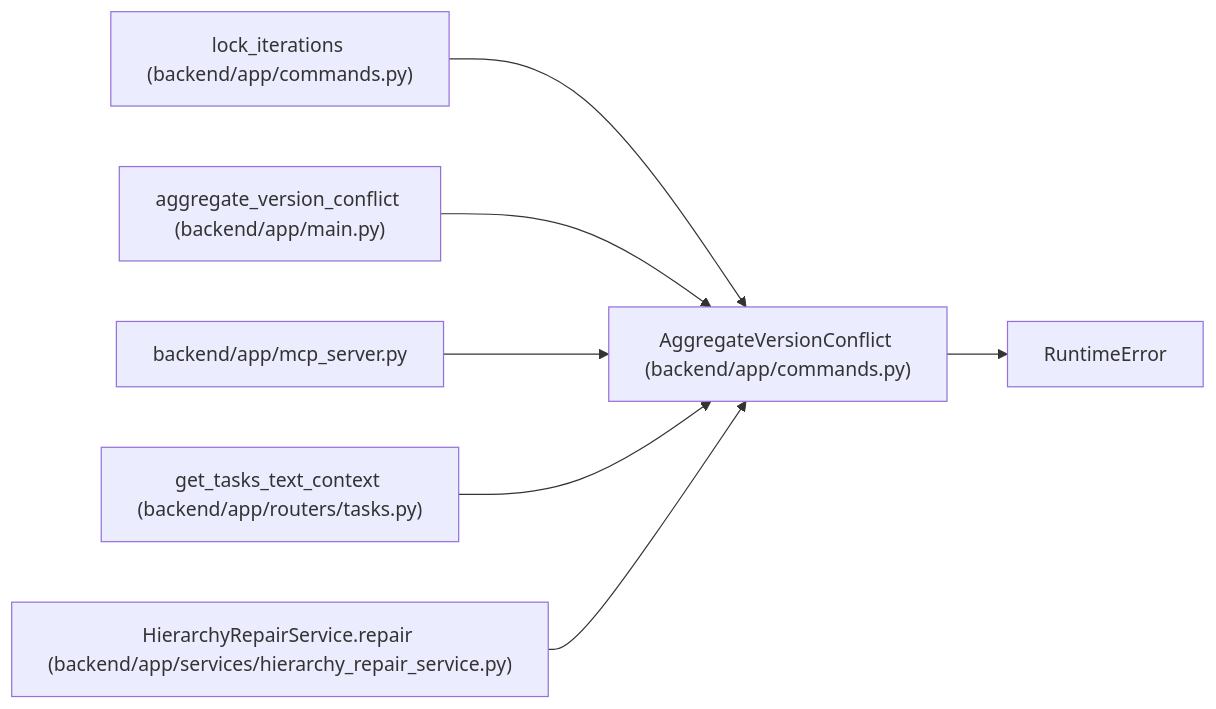
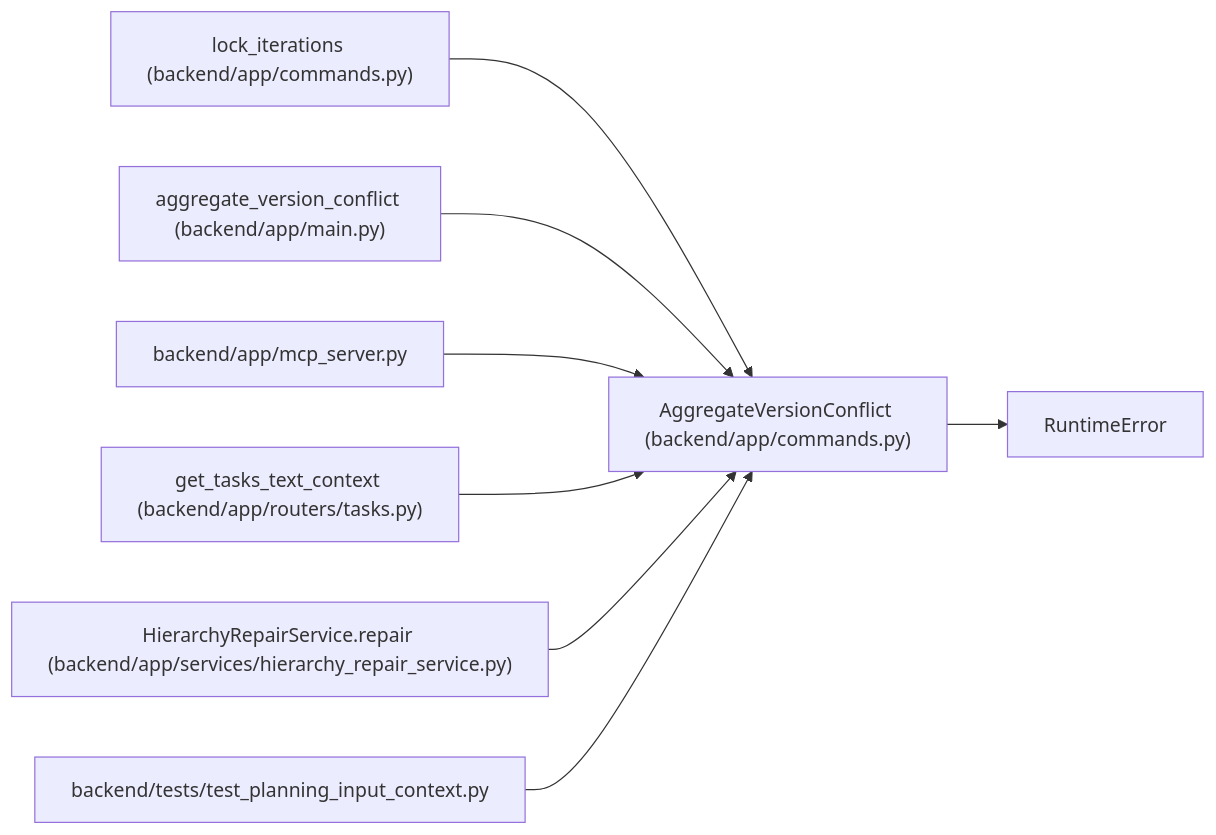
Before and after one commit to Denissvgn/WorkChord: the diagram in docs/llm_wiki/entities/AggregateVersionConflict.md, drawn with Mermaid. The commit also changed other lines of this file and 476 other files, not shown here.

Commit message:
docs: document complete planning input observations

````diff
--- a/docs/llm_wiki/entities/AggregateVersionConflict.md
+++ b/docs/llm_wiki/entities/AggregateVersionConflict.md
@@ -26,22 +26,25 @@
 ```mermaid
 flowchart LR
     n0["AggregateVersionConflict (backend/app/commands.py)"]
     n1["RuntimeError"]
     n2["lock_iterations (backend/app/commands.py)"]
     n3["aggregate_version_conflict (backend/app/main.py)"]
     n4["backend/app/mcp_server.py"]
     n5["get_tasks_text_context (backend/app/routers/tasks.py)"]
     n6["HierarchyRepairService.repair (backend/app/services/hierarchy_repair_service.py)"]
+    n7["backend/tests/test_planning_input_context.py"]
     n0 --> n1
     n2 --> n0
     n3 --> n0
     n4 --> n0
     n5 --> n0
     n6 --> n0
+    n7 --> n0
     click n0 "../modules/commands.md"
     click n2 "../modules/commands.md"
     click n3 "../modules/app_main.md"
     click n4 "../modules/mcp_server.md"
     click n5 "../modules/tasks.md"
     click n6 "../modules/hierarchy_repair_service.md"
+    click n7 "../modules/test_planning_input_context.md"
 ```
````
